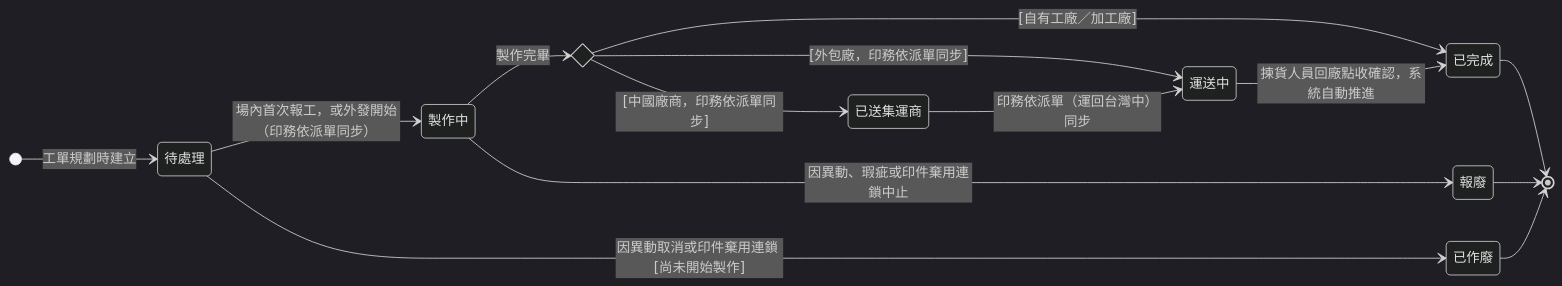
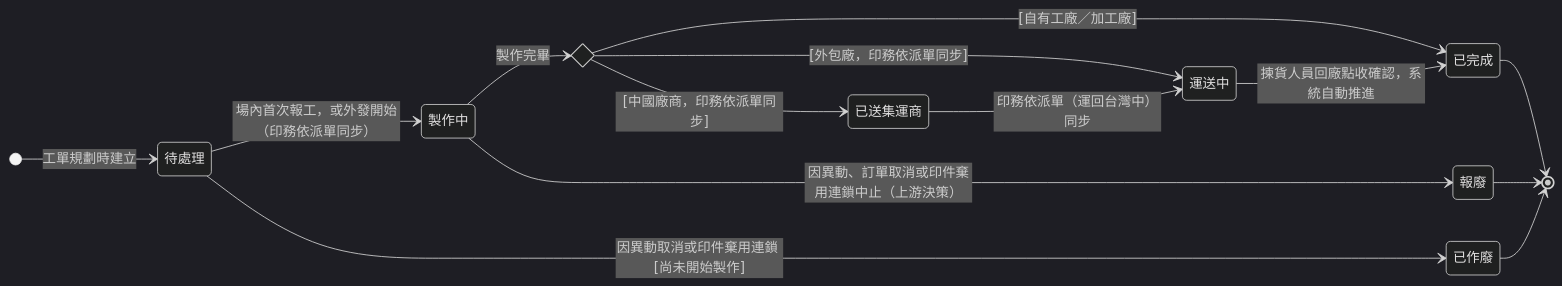
Before and after one commit to Kawato-Miles/erp-spec: the diagram in memory/Sens_wiki/wiki/erp/06-state-machines/生產任務狀態.md, drawn with Mermaid (dark theme). The commit also changed other lines of this file and 11 other files, not shown here.

````diff
--- a/memory/Sens_wiki/wiki/erp/06-state-machines/生產任務狀態.md
+++ b/memory/Sens_wiki/wiki/erp/06-state-machines/生產任務狀態.md
@@ -54,30 +54,30 @@
 ```mermaid
 stateDiagram-v2
     direction LR
 
     [*] --> s_pending : 工單規劃時建立
 
     state "待處理" as s_pending
     state "製作中" as s_making
     state "已送集運商" as s_consolidator
     state "運送中" as s_shipping
     state "已完成" as s_done
     state "已作廢" as s_void
     state "報廢" as s_scrap
     state route <<choice>>
 
     s_pending --> s_making : 場內首次報工，或外發開始（印務依派單同步）
     s_making --> route : 製作完畢
     route --> s_done : [自有工廠／加工廠]
     route --> s_shipping : [外包廠，印務依派單同步]
     route --> s_consolidator : [中國廠商，印務依派單同步]
     s_consolidator --> s_shipping : 印務依派單（運回台灣中）同步
     s_shipping --> s_done : 揀貨人員回廠點收確認，系統自動推進
 
     s_pending --> s_void : 因異動取消或印件棄用連鎖 [尚未開始製作]
-    s_making --> s_scrap : 因異動、瑕疵或印件棄用連鎖中止
+    s_making --> s_scrap : 因異動、訂單取消或印件棄用連鎖中止（上游決策）
 
     s_done --> [*]
     s_void --> [*]
     s_scrap --> [*]
 ```
````
